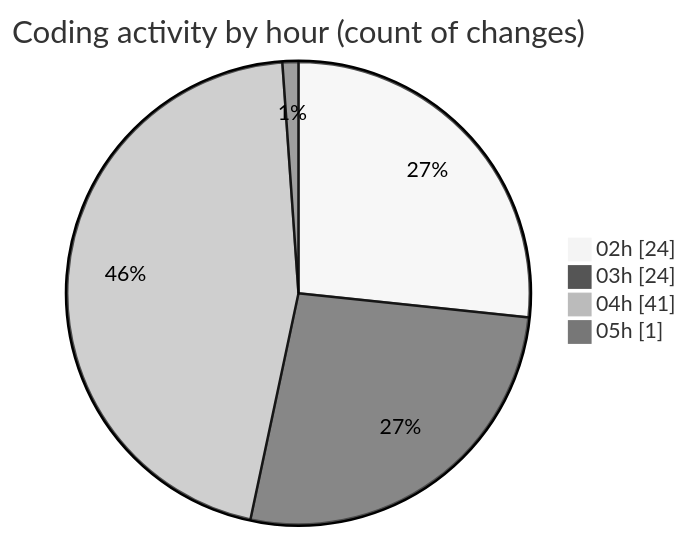
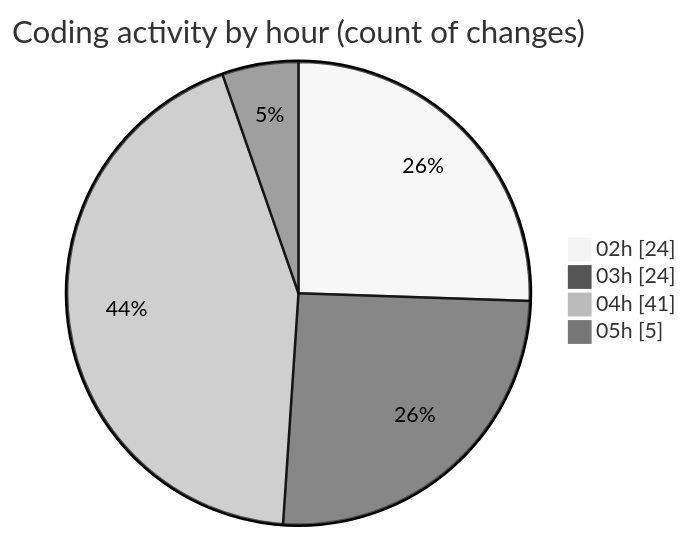
One commit to lephambinh05/code-tracking changed the second of 2 diagrams in 2025-07-23/quanlyrapchieuphim/README.md. Above: the diagram before and after it, drawn with Mermaid (neutral theme). The commit also changed other lines of this file and 1 other file, not shown here.

````diff
--- a/2025-07-23/quanlyrapchieuphim/README.md
+++ b/2025-07-23/quanlyrapchieuphim/README.md
@@ -38,8 +38,8 @@
 ```mermaid
 pie showData
 title Coding activity by hour (count of changes)
 "02h" : 24
 "03h" : 24
 "04h" : 41
-"05h" : 1
+"05h" : 5
 ```
````
